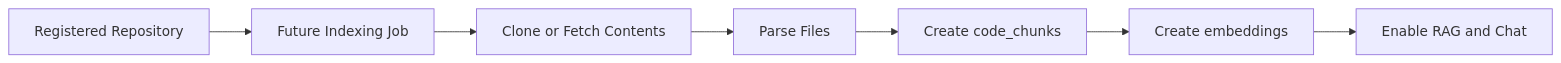
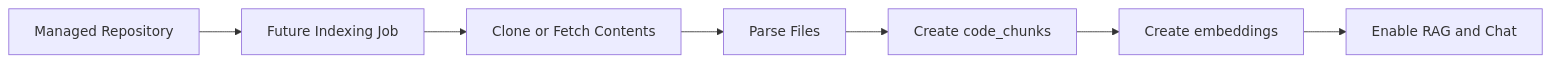
The fourth of 4 diagrams in docs/REPOSITORY_ARCHITECTURE.md (Karthikrnaik24/RepoMind_AI), drawn with Mermaid before and after one commit. The commit also changed other lines of this file and 17 other files, not shown here.

````diff
--- a/docs/REPOSITORY_ARCHITECTURE.md
+++ b/docs/REPOSITORY_ARCHITECTURE.md
@@ -127,9 +174,9 @@
 ```mermaid
 flowchart LR
-    A["Registered Repository"] --> B["Future Indexing Job"]
+    A["Managed Repository"] --> B["Future Indexing Job"]
     B --> C["Clone or Fetch Contents"]
     C --> D["Parse Files"]
     D --> E["Create code_chunks"]
     E --> F["Create embeddings"]
     F --> G["Enable RAG and Chat"]
 ```
````
